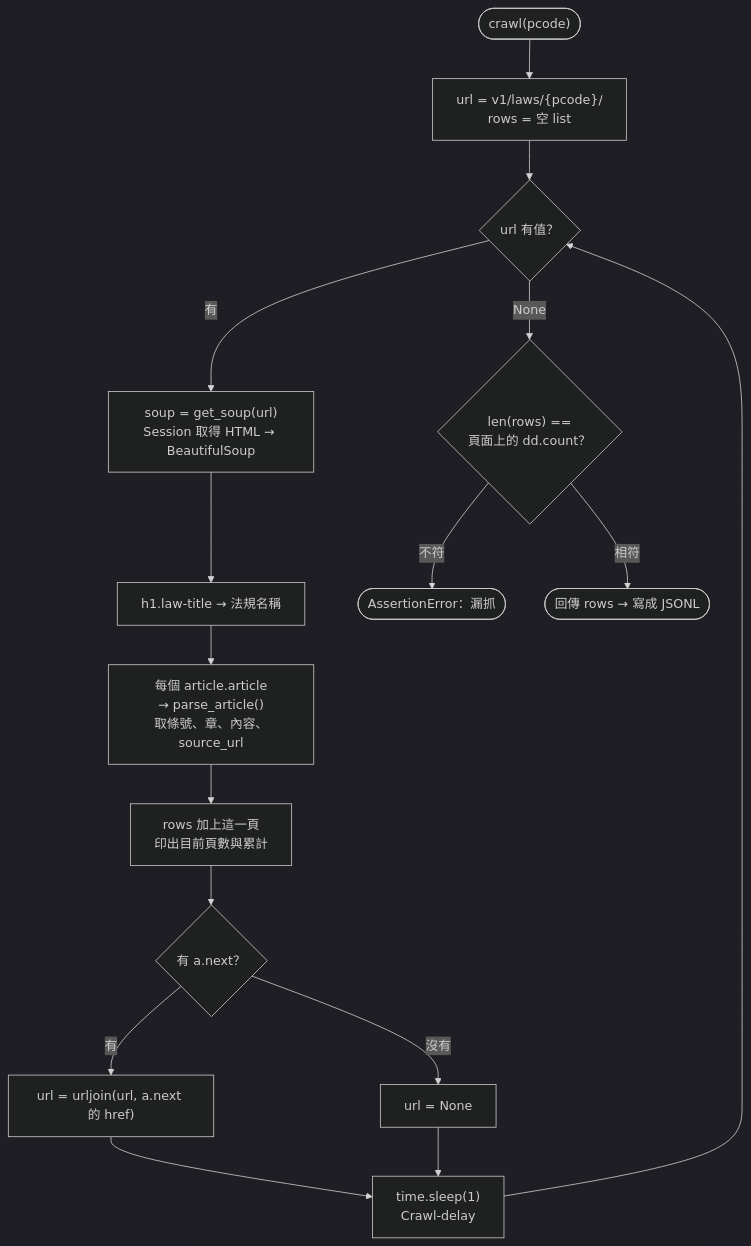
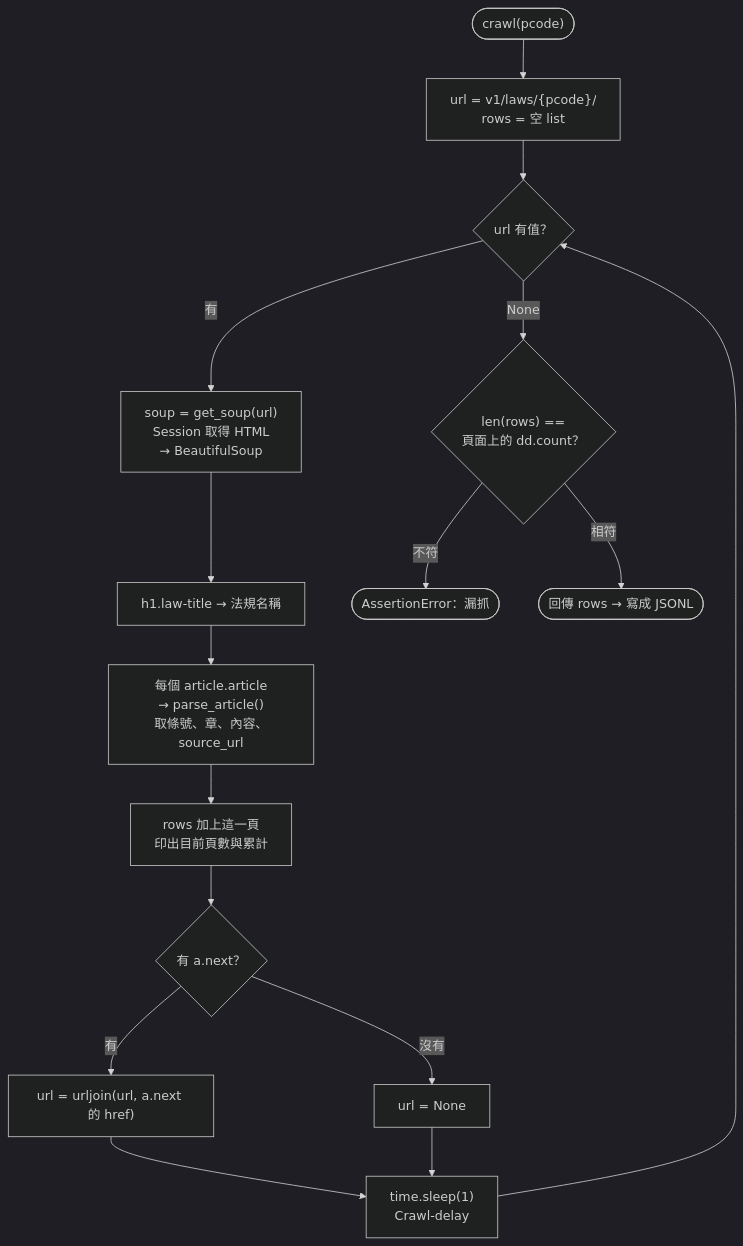
The second of 2 diagrams in docs/05.md (4-learn/python-web-crawler-demo), drawn with Mermaid (dark theme) before and after one commit. The commit also changed other lines of this file and 3 other files, not shown here.

Commit message:
[pm] docs: 01/03/04/05 範例程式碼改成檔案對照表（檔案、講解段落、內容、執行指令）；折疊標題改「點我展開：…」；05 流程圖節點換行

````diff
--- a/docs/05.md
+++ b/docs/05.md
@@ -214,18 +221,18 @@
 ```mermaid
 flowchart TD
     A(["crawl(pcode)"]) --> B["url = v1/laws/{pcode}/<br/>rows = 空 list"]
     B --> C{url 有值？}
-    C -->|有| D["soup = get_soup(url)<br/>Session 取得 HTML → BeautifulSoup"]
+    C -->|有| D["soup = get_soup(url)<br/>Session 取得 HTML<br/>→ BeautifulSoup"]
     D --> E["h1.law-title → 法規名稱"]
     E --> F["每個 article.article<br/>→ parse_article()<br/>取條號、章、內容、source_url"]
     F --> G["rows 加上這一頁<br/>印出目前頁數與累計"]
     G --> H{"有 a.next？"}
     H -->|有| I["url = urljoin(url, a.next 的 href)"]
     H -->|沒有| J["url = None"]
     I --> K["time.sleep(1)<br/>Crawl-delay"]
     J --> K
     K --> C
     C -->|None| L{"len(rows) ==<br/>頁面上的 dd.count？"}
     L -->|不符| X([AssertionError：漏抓])
     L -->|相符| M([回傳 rows → 寫成 JSONL])
 ```
````
